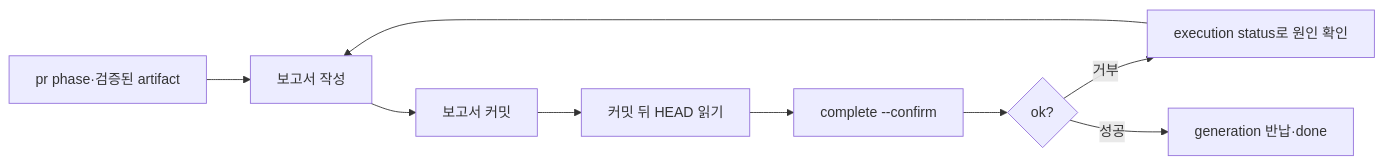
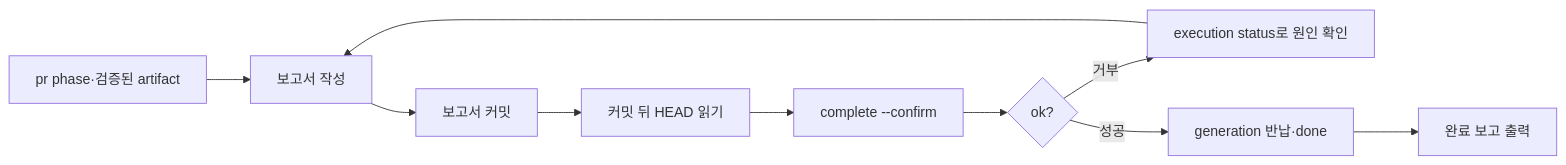
Before and after one commit to m16khb-org/agent-harness: the diagram in skills/issueops-complete/SKILL.md, drawn with Mermaid. The commit also changed other lines of this file and 1 other file, not shown here.

````diff
--- a/skills/issueops-complete/SKILL.md
+++ b/skills/issueops-complete/SKILL.md
@@ -19,11 +19,12 @@
 ```mermaid
 flowchart LR
   a["pr phase·검증된 artifact"] --> b["보고서 작성"]
   b --> c["보고서 커밋"]
   c --> d["커밋 뒤 HEAD 읽기"]
   d --> e["complete --confirm"]
   e --> f{"ok?"}
   f -->|거부| g["execution status로 원인 확인"]
   g --> b
   f -->|성공| h["generation 반납·done"]
+  h --> i["완료 보고 출력"]
 ```
````
